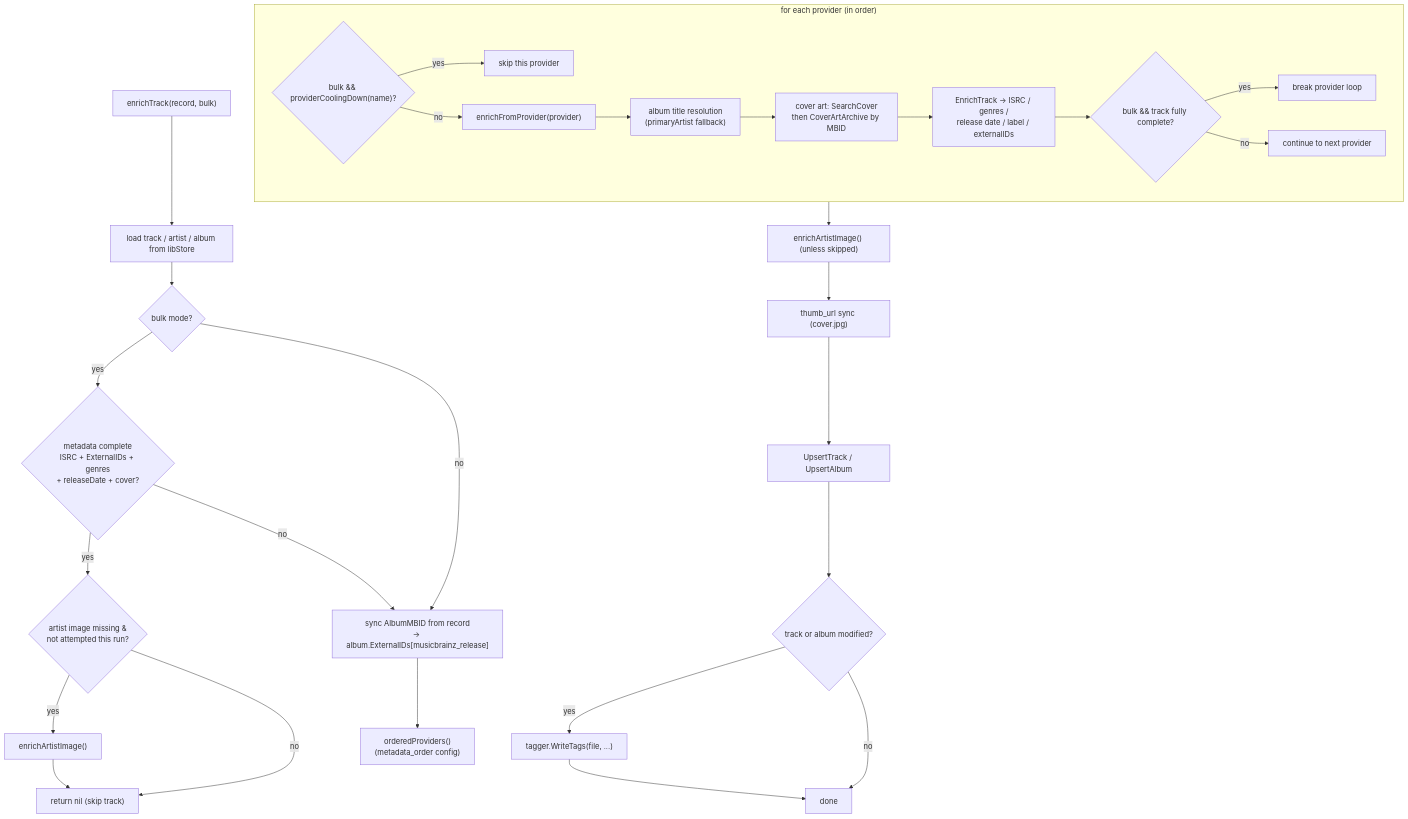
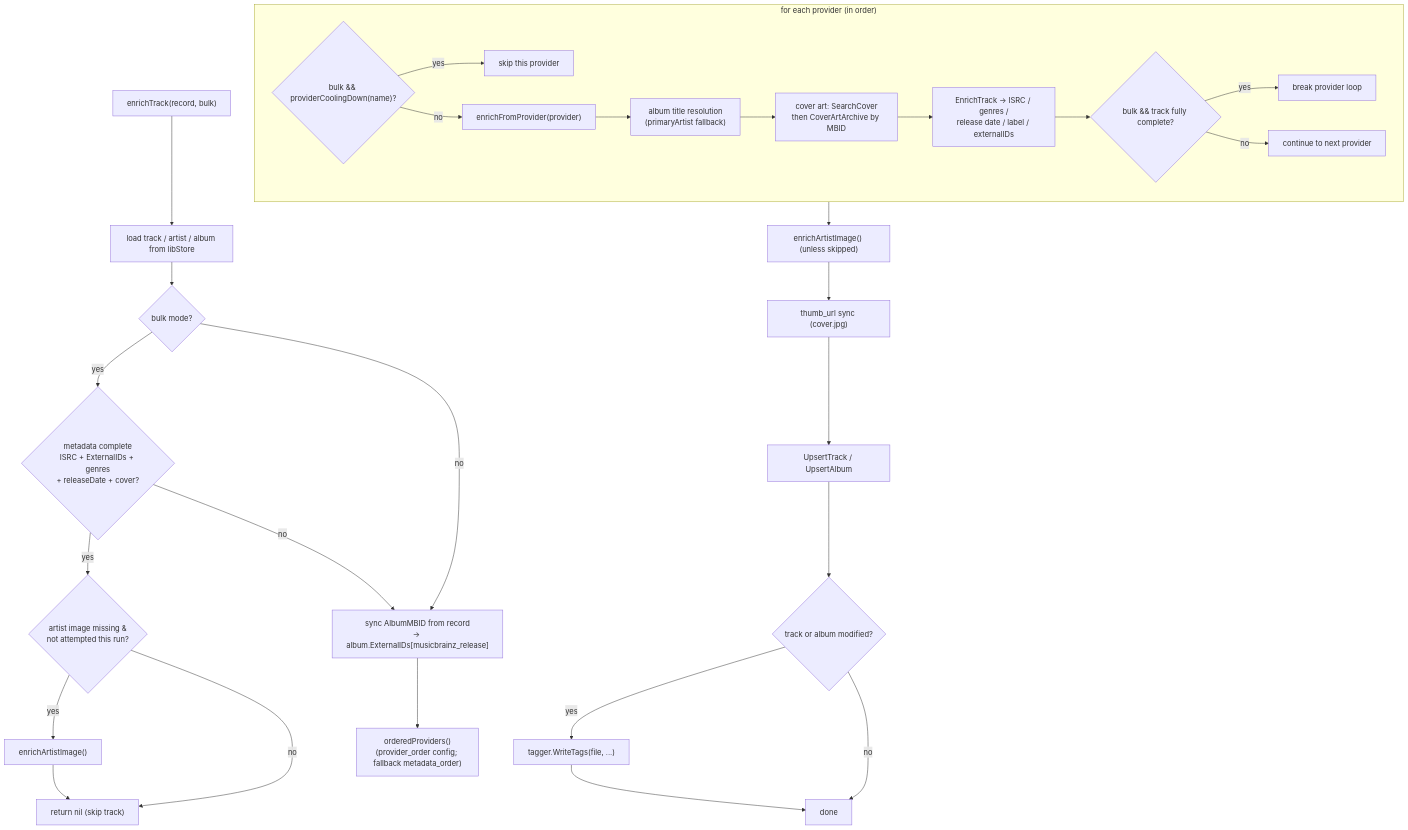
One commit to ramonskie/groovearr changed the first of 2 diagrams in docs/flows/metadata-enrichment.md. Above: the diagram before and after it, drawn with Mermaid. The commit also changed other lines of this file and 38 other files, not shown here.

Commit message:
refactor(providers): unify provider flow (D-001) — deterministic order, ReleaseResolver, MusicBrainz discovery

````diff
--- a/docs/flows/metadata-enrichment.md
+++ b/docs/flows/metadata-enrichment.md
@@ -14,35 +14,35 @@
 ```mermaid
 flowchart TD
     ENTER["enrichTrack(record, bulk)"] --> LOAD["load track / artist / album from libStore"]
 
     LOAD --> BULK{"bulk mode?"}
     BULK -- yes --> BK1{"metadata complete<br/>ISRC + ExternalIDs + genres<br/>+ releaseDate + cover?"}
     BK1 -- yes --> BK2{"artist image missing &<br/>not attempted this run?"}
     BK2 -- yes --> BK3["enrichArtistImage()"]
     BK2 -- no --> SKIP["return nil (skip track)"]
     BK3 --> SKIP
     BK1 -- no --> P
     BULK -- no --> P
 
-    P["sync AlbumMBID from record<br/>→ album.ExternalIDs[musicbrainz_release]"] --> ORD["orderedProviders()<br/>(metadata_order config)"]
+    P["sync AlbumMBID from record<br/>→ album.ExternalIDs[musicbrainz_release]"] --> ORD["orderedProviders()<br/>(provider_order config; fallback metadata_order)"]
 
     subgraph PROV["for each provider (in order)"]
         PO{"bulk && providerCoolingDown(name)?"}
         PO -- yes --> PSKIP["skip this provider"]
         PO -- no --> P1["enrichFromProvider(provider)"]
         P1 --> P1A["album title resolution<br/>(primaryArtist fallback)"]
         P1A --> P1B["cover art: SearchCover<br/>then CoverArtArchive by MBID"]
         P1B --> P1C["EnrichTrack → ISRC / genres /<br/>release date / label / externalIDs"]
         P1C --> P1D{"bulk && track fully complete?"}
         P1D -- yes --> PBREAK["break provider loop"]
         P1D -- no --> P1E["continue to next provider"]
     end
 
     PROV --> IMG["enrichArtistImage() (unless skipped)"]
     IMG --> THUMB["thumb_url sync (cover.jpg)"]
     THUMB --> PERSIST["UpsertTrack / UpsertAlbum"]
     PERSIST --> RETAG{"track or album modified?"}
     RETAG -- yes --> TAGS["tagger.WriteTags(file, ...)"]
     RETAG -- no --> DONE
     TAGS --> DONE["done"]
 ```
````
